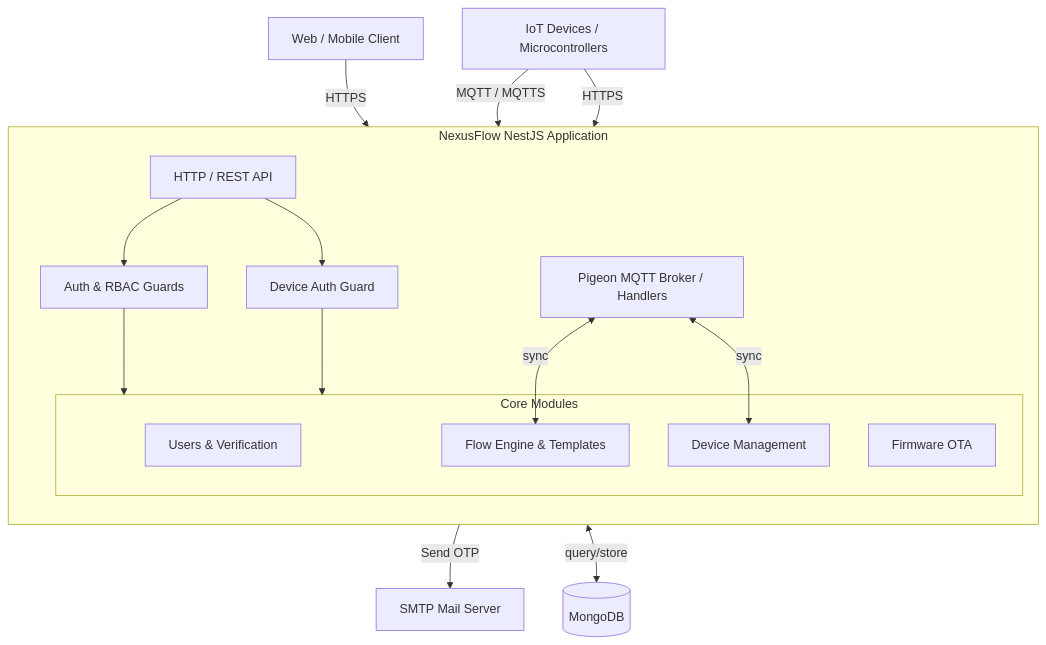
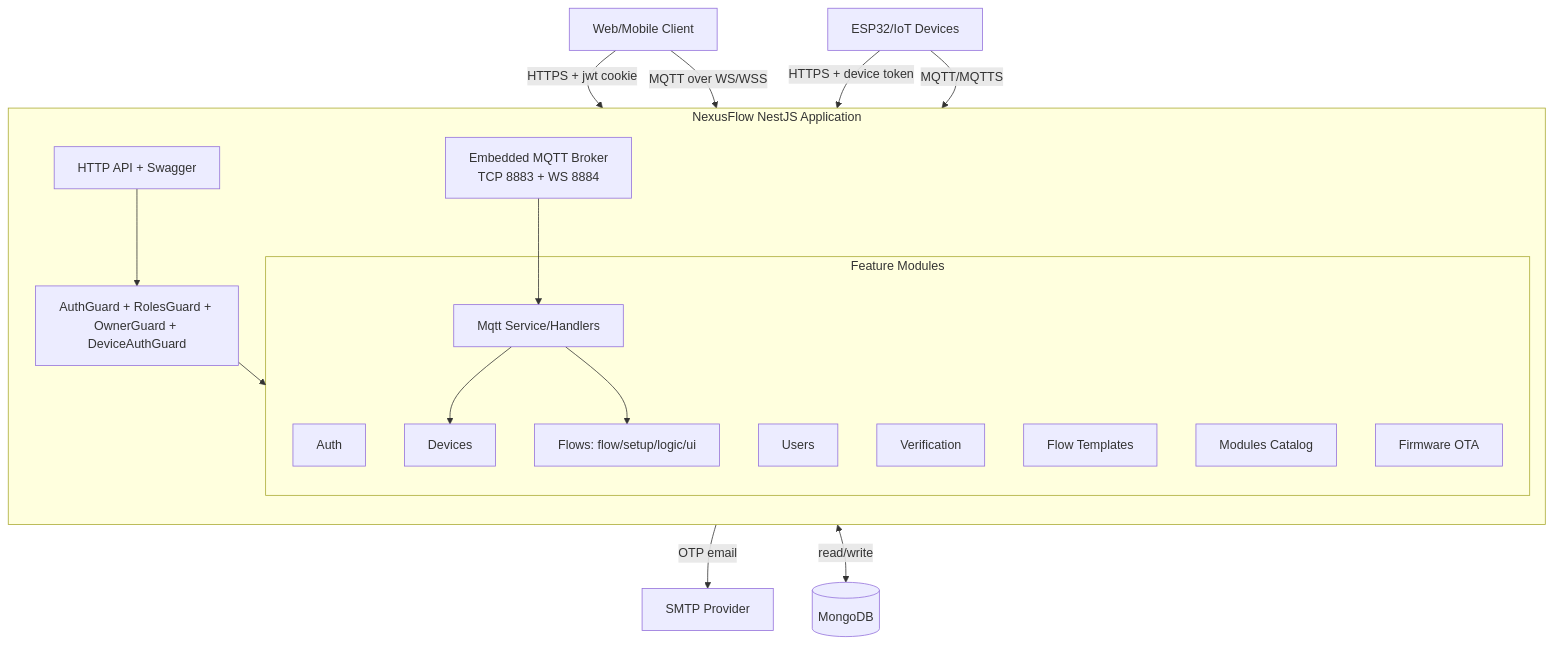
One commit to ahmed-atef-gad/nexusflow-backend changed the first of 4 diagrams in docs/arch.md. Above: the diagram before and after it, drawn with Mermaid. The commit also changed other lines of this file, not shown here.

Commit message:
feat(docs): enhance system architecture documentation with updated diagrams and detailed module descriptions

````diff
--- a/docs/arch.md
+++ b/docs/arch.md
@@ -3,41 +5,42 @@
 ```mermaid
 graph TD
-    Web[Web / Mobile Client]
-    IoT[IoT Devices / Microcontrollers]
-    SMTP[SMTP Mail Server]
+    Web[Web/Mobile Client]
+    IoT[ESP32/IoT Devices]
+    SMTP[SMTP Provider]
+    DB[(MongoDB)]
 
-    subgraph NexusFlowBackend ["NexusFlow NestJS Application"]
+    subgraph API[NexusFlow NestJS Application]
         direction TB
-        
-        REST[HTTP / REST API]
-        MQTT_B[Pigeon MQTT Broker / Handlers]
-        AuthGuard[Auth & RBAC Guards]
-        DeviceGuard[Device Auth Guard]
 
-        subgraph CoreModules ["Core Modules"]
-            UsersMod[Users & Verification]
-            DeviceMod[Device Management]
-            FlowMod[Flow Engine & Templates]
-            FirmwareMod[Firmware OTA]
+        REST[HTTP API + Swagger]
+        Broker[Embedded MQTT Broker<br/>TCP 8883 + WS 8884]
+        Guards[AuthGuard + RolesGuard + OwnerGuard + DeviceAuthGuard]
+
+        subgraph Modules[Feature Modules]
+            Auth[Auth]
+            Users[Users]
+            Verification[Verification]
+            Devices[Devices]
+            Flows[Flows: flow/setup/logic/ui]
+            Templates[Flow Templates]
+            Catalog[Modules Catalog]
+            Firmware[Firmware OTA]
+            Mqtt[Mqtt Service/Handlers]
         end
     end
 
-    DB[(MongoDB)]
+    Web -->|HTTPS + jwt cookie| REST
+    IoT -->|HTTPS + device token| REST
+    IoT -->|MQTT/MQTTS| Broker
+    Web -->|MQTT over WS/WSS| Broker
 
-    Web -->|HTTPS| REST
-    IoT -->|MQTT / MQTTS| MQTT_B
-    IoT -->|HTTPS| REST
+    REST --> Guards
+    Guards --> Modules
 
-    REST --> AuthGuard
-    REST --> DeviceGuard
-    
-    AuthGuard --> CoreModules
-    DeviceGuard --> CoreModules
-    
-    MQTT_B <-->|sync| FlowMod
-    MQTT_B <-->|sync| DeviceMod
-    
-    UsersMod -->|Send OTP| SMTP
-    
-    CoreModules <-->|query/store| DB
+    Verification -->|OTP email| SMTP
+    Modules <-->|read/write| DB
+
+    Broker --> Mqtt
+    Mqtt --> Devices
+    Mqtt --> Flows
 ```
````
